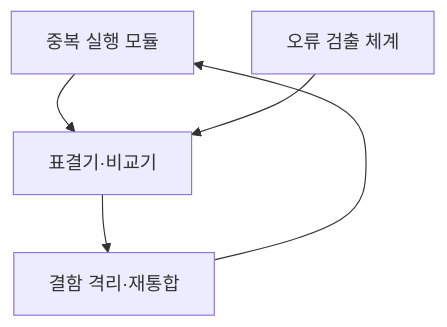
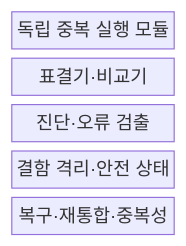
One commit to agnusdei1207/knowledge-base changed the first of 2 diagrams in src/content/docs/notes/06-evaluation/023_fault_tolerant_system.md. Above: the diagram before and after it, drawn with Mermaid. The commit also changed other lines of this file and 6 other files, not shown here.

````diff
--- a/src/content/docs/notes/06-evaluation/023_fault_tolerant_system.md
+++ b/src/content/docs/notes/06-evaluation/023_fault_tolerant_system.md
@@ -60,7 +61,9 @@
 ```mermaid
-flowchart TB
-    A[중복 실행 모듈] --> B[표결기·비교기]
-    C[오류 검출 체계] --> B
-    B --> D[결함 격리·재통합]
-    D --> A
+block-beta
+  columns 1
+  M["독립 중복 실행 모듈"]
+  V["표결기·비교기"]
+  D["진단·오류 검출"]
+  I["결함 격리·안전 상태"]
+  R["복구·재통합·중복성"]
 ```
````
